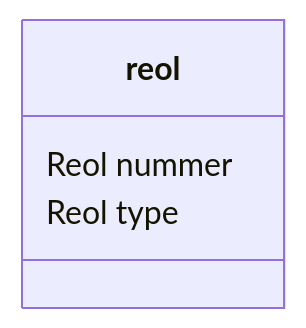
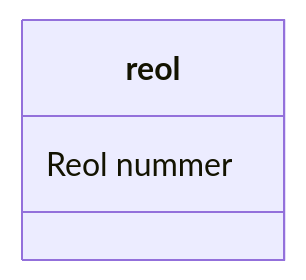
One commit to DMOoF25-TEAM11/ShelfMarket changed the diagram in docs/sprint-1/UseCase001-AddANewShelf/DomainModel.mmd. Above: the diagram before and after it, drawn with Mermaid. The commit also changed 7 other files, not shown here.

```diff
--- a/docs/sprint-1/UseCase001-AddANewShelf/DomainModel.mmd
+++ b/docs/sprint-1/UseCase001-AddANewShelf/DomainModel.mmd
@@ -1,5 +1,4 @@
 classDiagram
     class reol {
         Reol nummer
-        Reol type
     }
```
